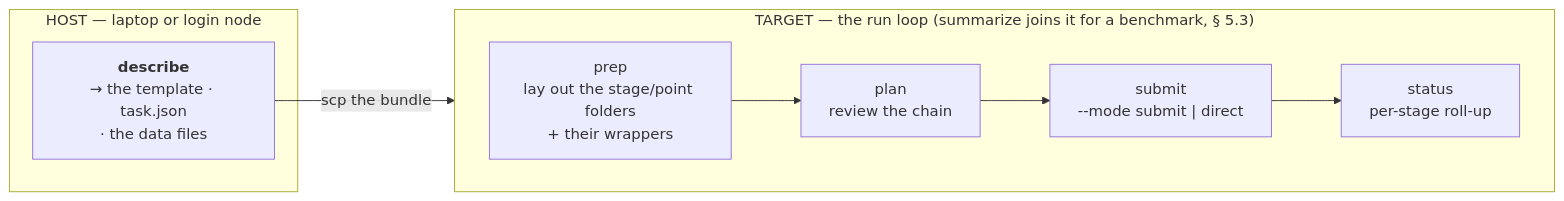
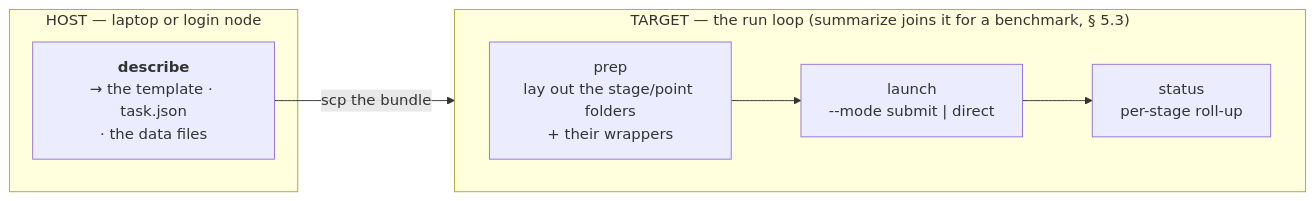
One commit to Qing-LAB/molbuilder changed the fifth of 10 diagrams in docs/execution/job-system.md. Above: the diagram before and after it, drawn with Mermaid. The commit also changed other lines of this file and 15 other files, not shown here.

````diff
--- a/docs/execution/job-system.md
+++ b/docs/execution/job-system.md
@@ -685,15 +689,14 @@
 ```mermaid
 flowchart LR
     subgraph host["HOST — laptop or login node"]
       P["<b>describe</b><br/>→ the template · task.json<br/>· the data files"]
     end
     subgraph target["TARGET — the run loop (summarize joins it for a benchmark, § 5.3)"]
       direction LR
       PR["prep<br/>lay out the stage/point folders<br/>+ their wrappers"]
-      PL["plan<br/>review the chain"]
-      SU["submit<br/>--mode submit | direct"]
+      SU["launch<br/>--mode submit | direct"]
       ST["status<br/>per-stage roll-up"]
-      PR --> PL --> SU --> ST
+      PR --> SU --> ST
     end
     P -->|"scp the bundle"| PR
 ```
````
